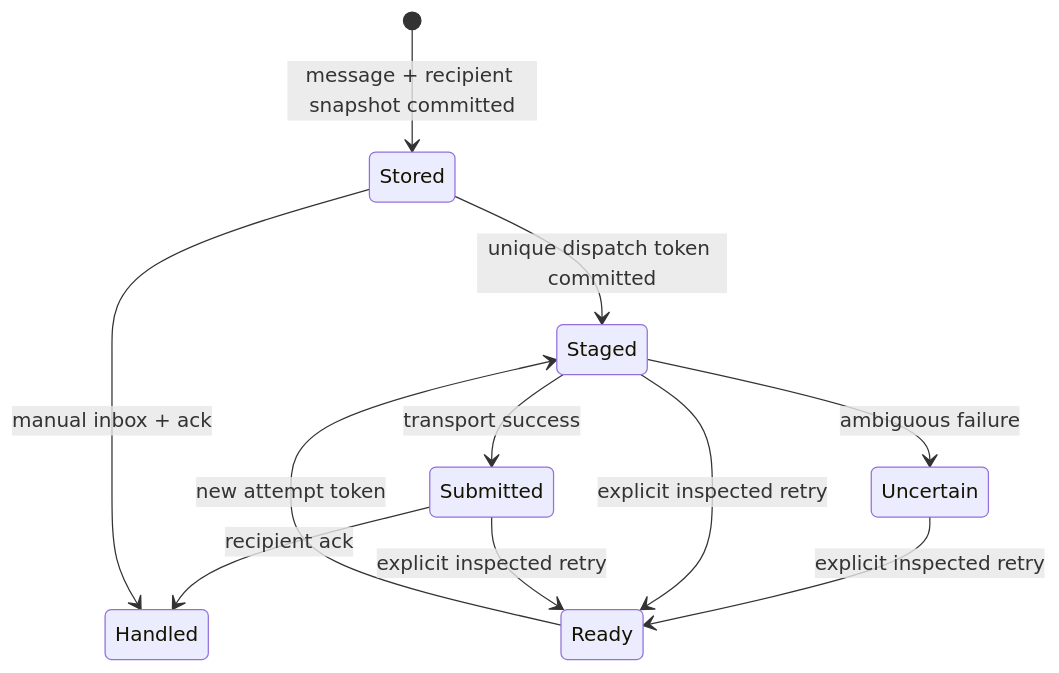
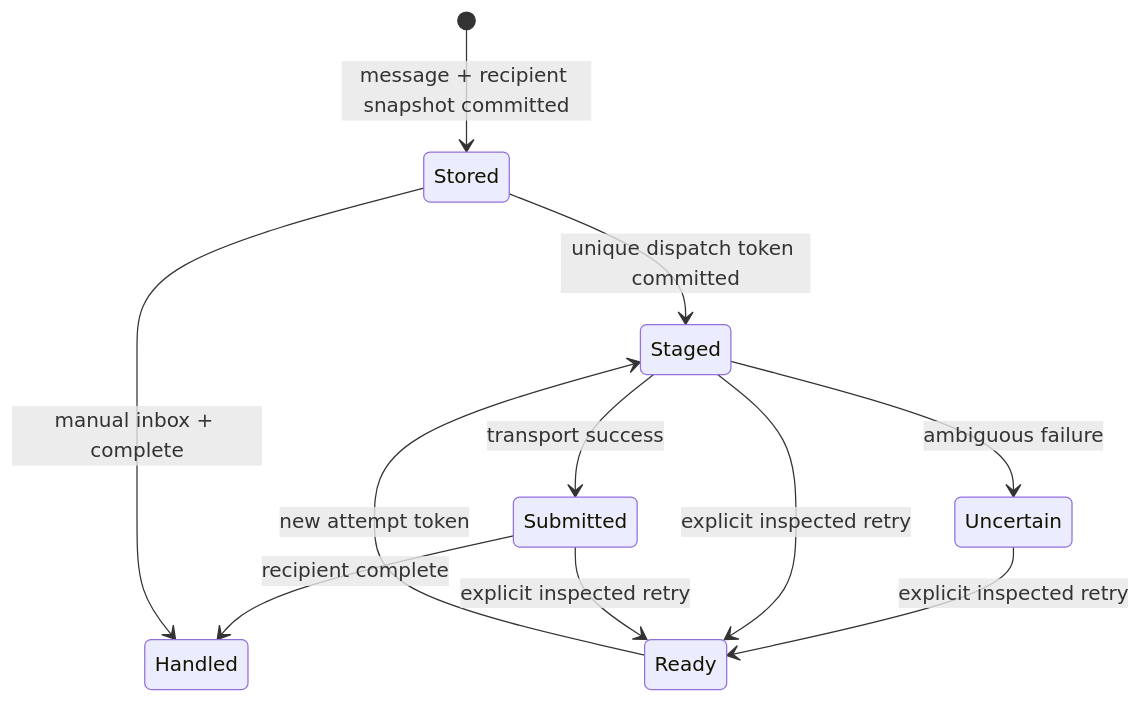
Before and after one commit to bgauryy/octocode: the third of 3 diagrams in skills/octocode-agents-communication/docs/SERVICE_PROTOCOL.md, drawn with Mermaid. The commit also changed other lines of this file and 241 other files, not shown here.

````diff
--- a/skills/octocode-agents-communication/docs/SERVICE_PROTOCOL.md
+++ b/skills/octocode-agents-communication/docs/SERVICE_PROTOCOL.md
@@ -181,13 +171,13 @@
 ```mermaid
 stateDiagram-v2
     [*] --> Stored: message + recipient snapshot committed
     Stored --> Staged: unique dispatch token committed
     Staged --> Submitted: transport success
     Staged --> Uncertain: ambiguous failure
-    Submitted --> Handled: recipient ack
-    Stored --> Handled: manual inbox + ack
+    Submitted --> Handled: recipient complete
+    Stored --> Handled: manual inbox + complete
     Uncertain --> Ready: explicit inspected retry
     Staged --> Ready: explicit inspected retry
     Submitted --> Ready: explicit inspected retry
     Ready --> Staged: new attempt token
 ```
````
